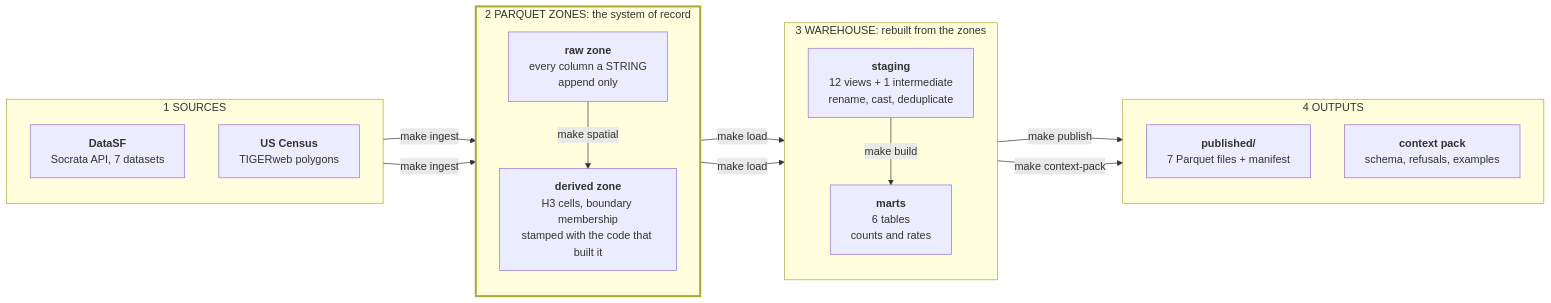
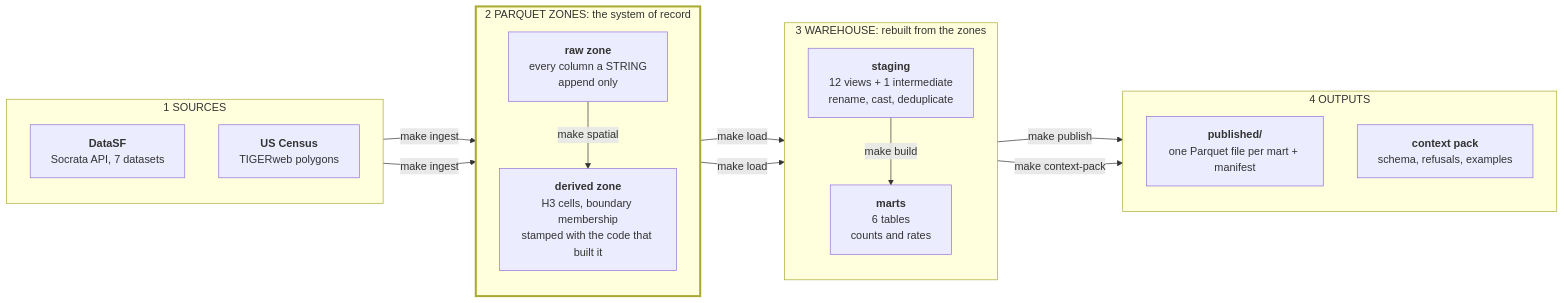
One commit to mp321/sf-data-warehouse changed the first of 2 diagrams in README.md. Above: the diagram before and after it, drawn with Mermaid. The commit also changed other lines of this file and 5 other files, not shown here.

````diff
--- a/README.md
+++ b/README.md
@@ -61,35 +63,35 @@
 ```mermaid
 flowchart LR
     subgraph SRC["1  SOURCES"]
         direction TB
         S1["<b>DataSF</b><br/>Socrata API, 7 datasets"]
         S2["<b>US Census</b><br/>TIGERweb polygons"]
     end
 
     subgraph ZONE["2  PARQUET ZONES: the system of record"]
         direction TB
         Z1["<b>raw zone</b><br/>every column a STRING<br/>append only"]
         Z2["<b>derived zone</b><br/>H3 cells, boundary membership<br/>stamped with the code that built it"]
     end
 
     subgraph WH["3  WAREHOUSE: rebuilt from the zones"]
         direction TB
         W1["<b>staging</b><br/>12 views + 1 intermediate<br/>rename, cast, deduplicate"]
         W2["<b>marts</b><br/>6 tables<br/>counts and rates"]
     end
 
     subgraph OUT["4  OUTPUTS"]
         direction TB
-        O1["<b>published/</b><br/>7 Parquet files + manifest"]
+        O1["<b>published/</b><br/>one Parquet file per mart + manifest"]
         O2["<b>context pack</b><br/>schema, refusals, examples"]
     end
 
     S1 & S2 -- "make ingest" --> Z1
     Z1 -- "make spatial" --> Z2
     Z1 & Z2 -- "make load" --> W1
     W1 -- "make build" --> W2
     W2 -- "make publish" --> O1
     W2 -- "make context-pack" --> O2
 
     style ZONE stroke-width:3px
 ```
````
